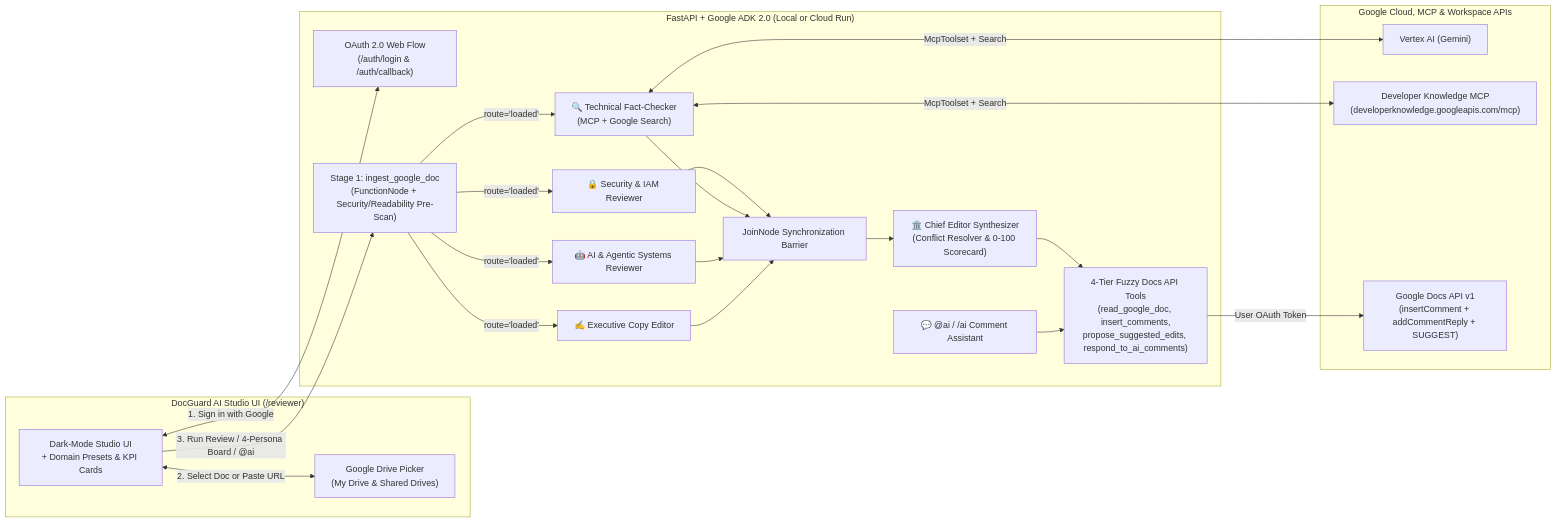
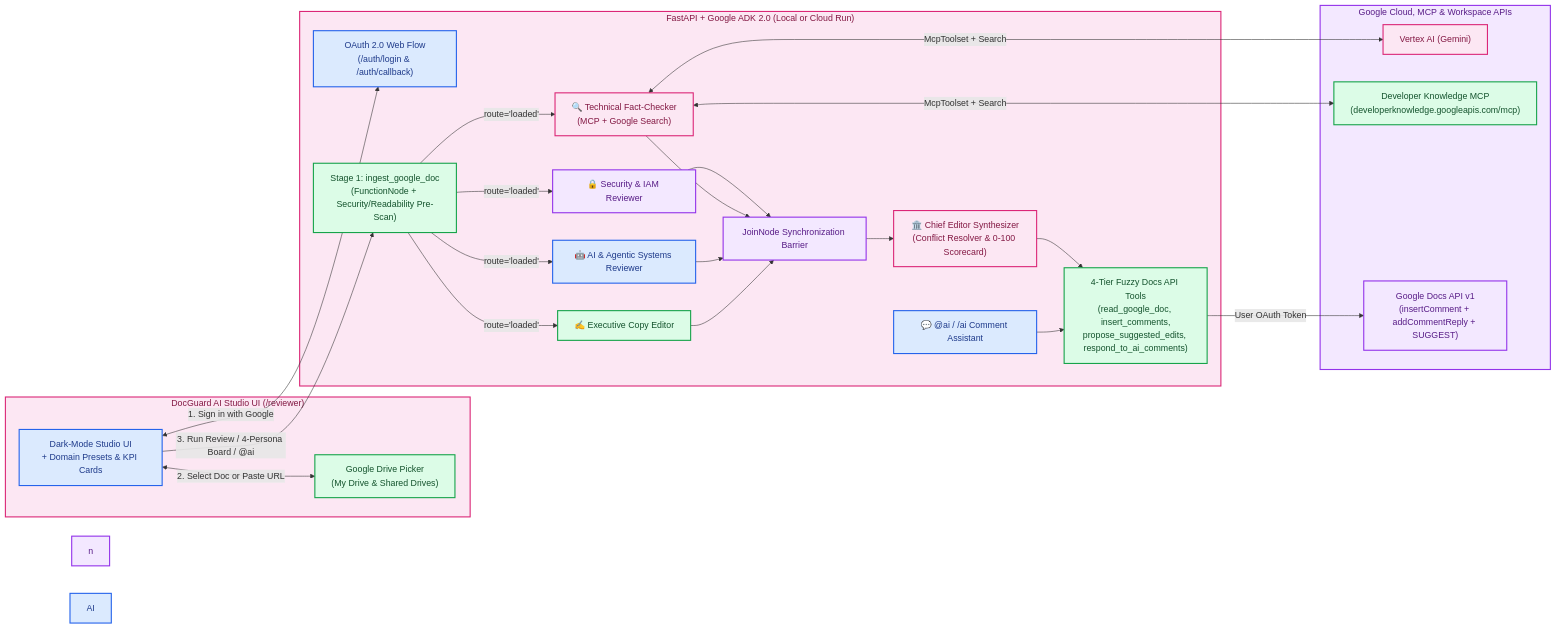
Before and after one commit to RobinaMirbahar/docguard-ai-studio: the diagram in README.md, drawn with Mermaid. The commit also changed other lines of this file, not shown here.

Commit message:
docs: add 3-line Author & Companion Publication header, color-coded Mermaid diagram, and remove repetitive footer

````diff
--- a/README.md
+++ b/README.md
@@ -56,36 +59,56 @@
 ```mermaid
 flowchart LR
     subgraph Browser["DocGuard AI Studio UI (/reviewer)"]
         UI["Dark-Mode Studio UI\n+ Domain Presets & KPI Cards"]
         Picker["Google Drive Picker\n(My Drive & Shared Drives)"]
     end
 
     subgraph CloudRun["FastAPI + Google ADK 2.0 (Local or Cloud Run)"]
         Auth["OAuth 2.0 Web Flow\n(/auth/login & /auth/callback)"]
         Ingest["Stage 1: ingest_google_doc\n(FunctionNode + Security/Readability Pre-Scan)"]
         Sec["🔒 Security & IAM Reviewer"]
         Fact["🔍 Technical Fact-Checker\n(MCP + Google Search)"]
         AISys["🤖 AI & Agentic Systems Reviewer"]
         Copy["✍️ Executive Copy Editor"]
         Join["JoinNode Synchronization Barrier"]
         Chief["🏛️ Chief Editor Synthesizer\n(Conflict Resolver & 0-100 Scorecard)"]
         CommentAgent["💬 @ai / /ai Comment Assistant"]
         Tools["4-Tier Fuzzy Docs API Tools\n(read_google_doc, insert_comments,\npropose_suggested_edits, respond_to_ai_comments)"]
     end
 
     subgraph GCP["Google Cloud, MCP & Workspace APIs"]
         Vertex["Vertex AI (Gemini)"]
         DevKnow["Developer Knowledge MCP\n(developerknowledge.googleapis.com/mcp)"]
         DocsAPI["Google Docs API v1\n(insertComment + addCommentReply + SUGGEST)"]
     end
 
     UI <-->|"1. Sign in with Google"| Auth
     UI <-->|"2. Select Doc or Paste URL"| Picker
     UI -->|"3. Run Review / 4-Persona Board / @ai"| Ingest
     Ingest -->|"route='loaded'"| Sec & Fact & AISys & Copy
     Sec & Fact & AISys & Copy --> Join --> Chief
     Fact <-->|"McpToolset + Search"| DevKnow & Vertex
     Chief --> Tools
     CommentAgent --> Tools
     Tools -->|"User OAuth Token"| DocsAPI
+    style Browser fill:#fce7f3,stroke:#db2777,stroke-width:2px,color:#831843
+    style UI fill:#dbeafe,stroke:#2563eb,stroke-width:2px,color:#1e3a8a
+    style Picker fill:#dcfce7,stroke:#16a34a,stroke-width:2px,color:#14532d
+    style n fill:#f3e8ff,stroke:#9333ea,stroke-width:2px,color:#581c87
+    style CloudRun fill:#fce7f3,stroke:#db2777,stroke-width:2px,color:#831843
+    style Auth fill:#dbeafe,stroke:#2563eb,stroke-width:2px,color:#1e3a8a
+    style Ingest fill:#dcfce7,stroke:#16a34a,stroke-width:2px,color:#14532d
+    style Sec fill:#f3e8ff,stroke:#9333ea,stroke-width:2px,color:#581c87
+    style Fact fill:#fce7f3,stroke:#db2777,stroke-width:2px,color:#831843
+    style AISys fill:#dbeafe,stroke:#2563eb,stroke-width:2px,color:#1e3a8a
+    style Copy fill:#dcfce7,stroke:#16a34a,stroke-width:2px,color:#14532d
+    style Join fill:#f3e8ff,stroke:#9333ea,stroke-width:2px,color:#581c87
+    style Chief fill:#fce7f3,stroke:#db2777,stroke-width:2px,color:#831843
+    style CommentAgent fill:#dbeafe,stroke:#2563eb,stroke-width:2px,color:#1e3a8a
+    style Tools fill:#dcfce7,stroke:#16a34a,stroke-width:2px,color:#14532d
+    style GCP fill:#f3e8ff,stroke:#9333ea,stroke-width:2px,color:#581c87
+    style Vertex fill:#fce7f3,stroke:#db2777,stroke-width:2px,color:#831843
+    style AI fill:#dbeafe,stroke:#2563eb,stroke-width:2px,color:#1e3a8a
+    style DevKnow fill:#dcfce7,stroke:#16a34a,stroke-width:2px,color:#14532d
+    style DocsAPI fill:#f3e8ff,stroke:#9333ea,stroke-width:2px,color:#581c87
 ```
````
